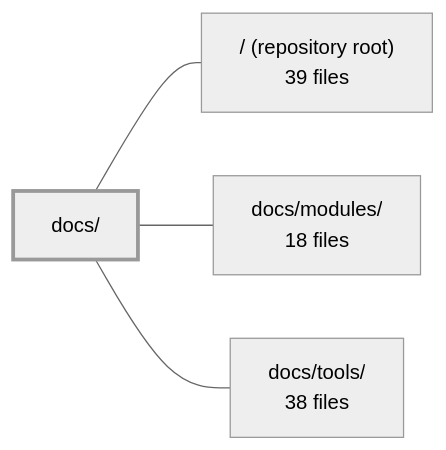
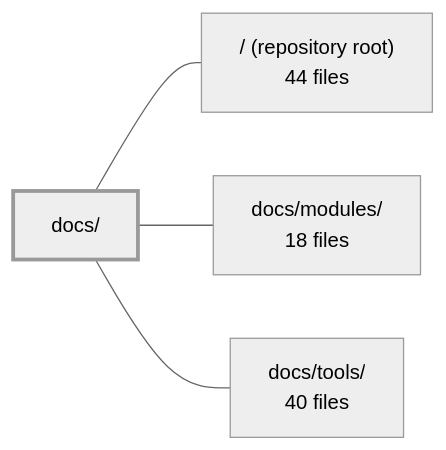
Before and after one commit to Guebbit/boilerplate-node-backend: the diagram in .2repo/modules/boilerplate-node-backend_docs.md, drawn with Mermaid (neutral theme). The commit also changed other lines of this file and 625 other files, not shown here.

````diff
--- a/.2repo/modules/boilerplate-node-backend_docs.md
+++ b/.2repo/modules/boilerplate-node-backend_docs.md
@@ -38,11 +38,11 @@
 ```mermaid
 flowchart LR
     m_docs["docs/"]
-    m_root["/ (repository root)<br/>39 files"]
+    m_root["/ (repository root)<br/>44 files"]
     m_docs_modules["docs/modules/<br/>18 files"]
-    m_docs_tools["docs/tools/<br/>38 files"]
+    m_docs_tools["docs/tools/<br/>40 files"]
     m_docs --- m_root
     m_docs --- m_docs_modules
     m_docs --- m_docs_tools
     style m_docs stroke-width:3px
 ```
````
